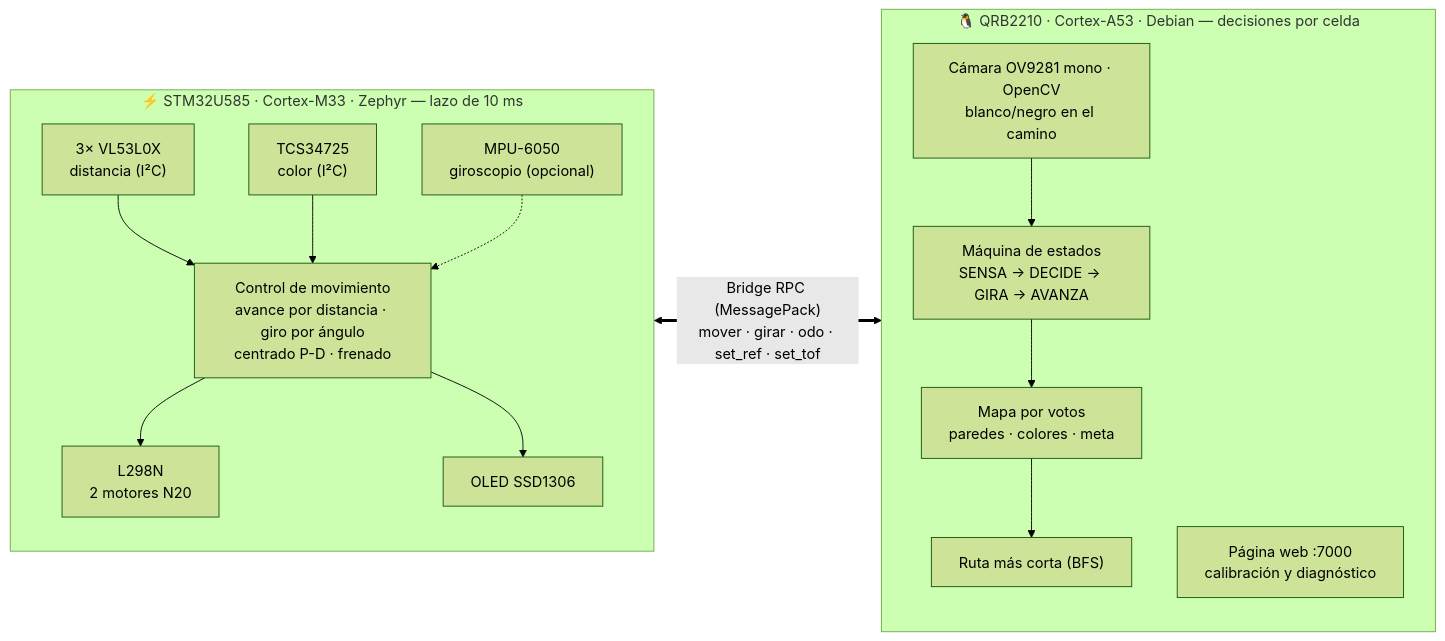
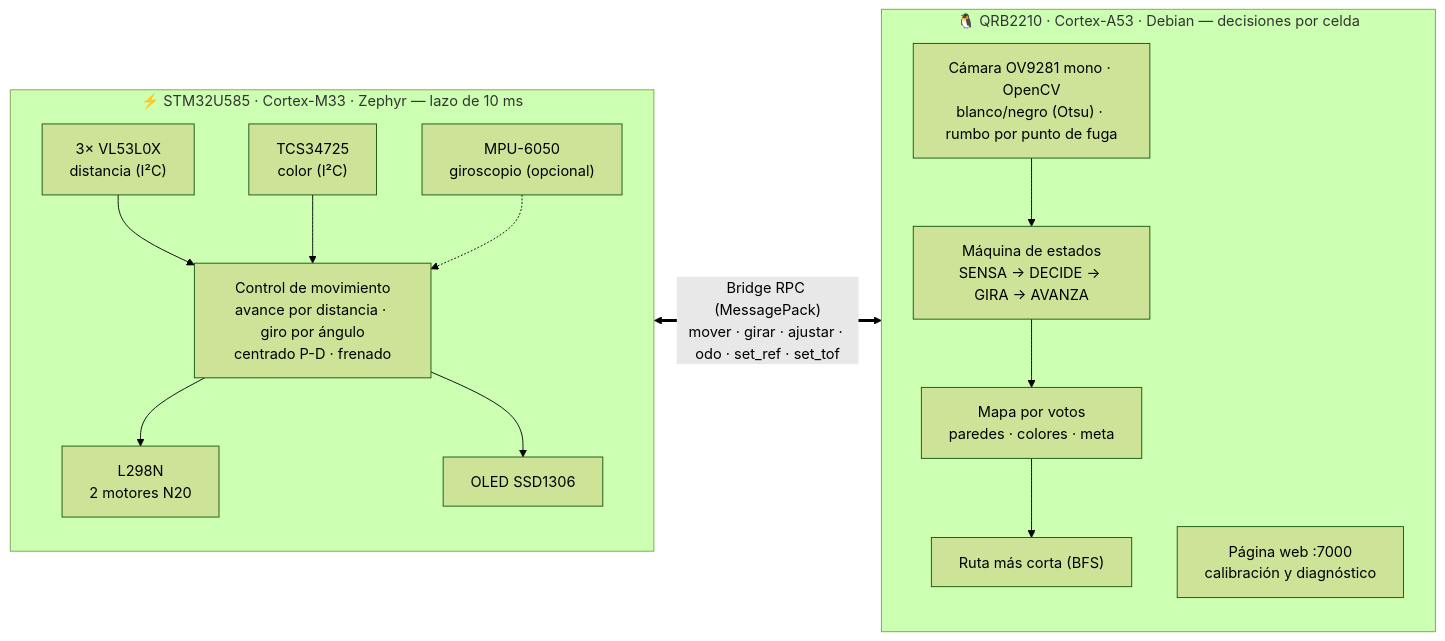
The first of 2 diagrams in README.md (Happenedspice17/sumo-v-ia), drawn with Mermaid (forest theme) before and after one commit. The commit also changed other lines of this file and 15 other files, not shown here.

First line of the commit message:
Cámara: exposición fija, Otsu y rumbo por punto de fuga; versión experimental con distancia y aberturas

````diff
--- a/README.md
+++ b/README.md
@@ -62,19 +62,19 @@
 ```mermaid
 flowchart LR
     subgraph RT["⚡ STM32U585 · Cortex-M33 · Zephyr — lazo de 10 ms"]
         direction TB
         TOF["3× VL53L0X<br/>distancia (I²C)"] --> CTRL
         TCS["TCS34725<br/>color (I²C)"] --> CTRL
         MPU["MPU-6050<br/>giroscopio (opcional)"] -.-> CTRL
         CTRL["Control de movimiento<br/>avance por distancia · giro por ángulo<br/>centrado P-D · frenado"] --> MOT["L298N<br/>2 motores N20"]
         CTRL --> OLED["OLED SSD1306"]
     end
     subgraph AP["🐧 QRB2210 · Cortex-A53 · Debian — decisiones por celda"]
         direction TB
         FSM["Máquina de estados<br/>SENSA → DECIDE → GIRA → AVANZA"] --> MAPA["Mapa por votos<br/>paredes · colores · meta"]
         MAPA --> BFS["Ruta más corta (BFS)"]
-        CAM["Cámara OV9281 mono · OpenCV<br/>blanco/negro en el camino"] --> FSM
+        CAM["Cámara OV9281 mono · OpenCV<br/>blanco/negro (Otsu) · rumbo por punto de fuga"] --> FSM
         WEB["Página web :7000<br/>calibración y diagnóstico"]
     end
-    CTRL <== "Bridge RPC (MessagePack)<br/>mover · girar · odo · set_ref · set_tof" ==> FSM
+    CTRL <== "Bridge RPC (MessagePack)<br/>mover · girar · ajustar · odo · set_ref · set_tof" ==> FSM
 ```
````
